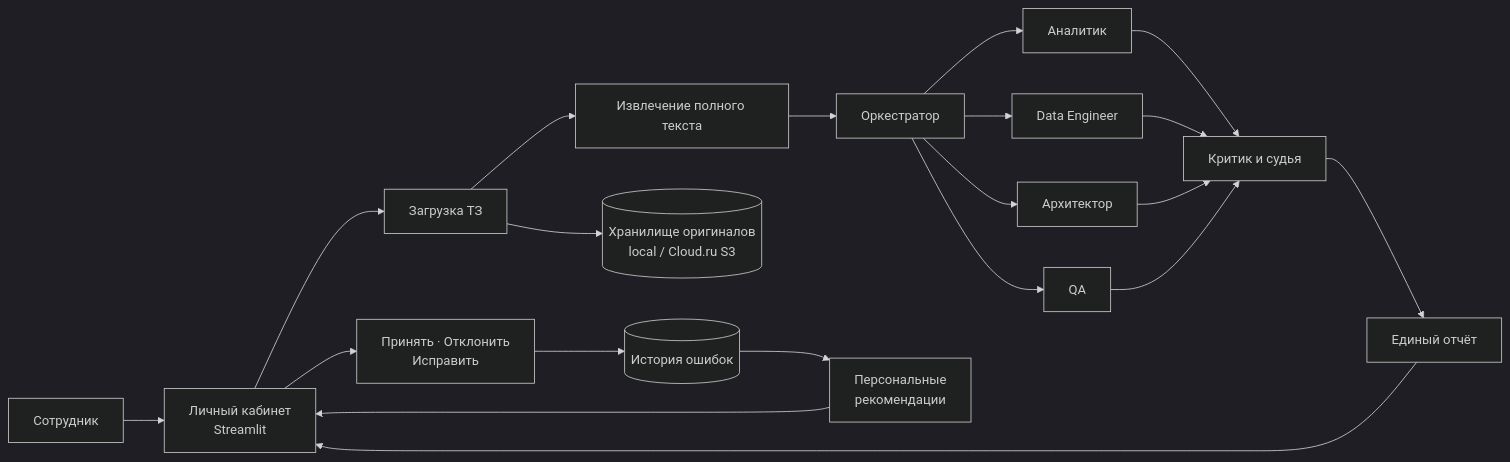
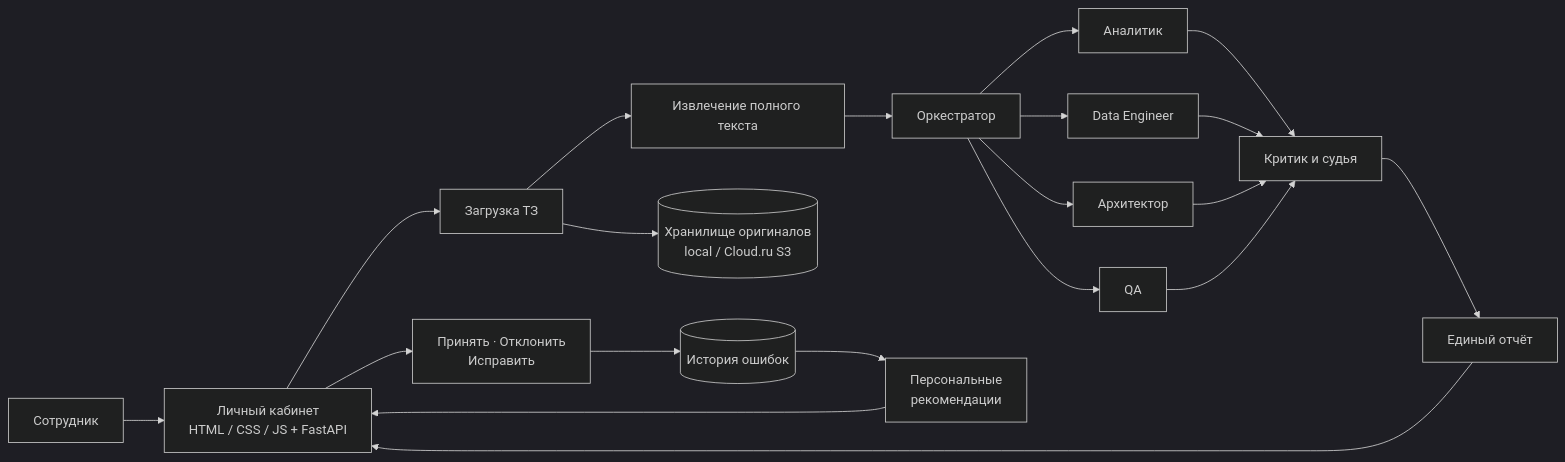
One commit to 1DenBackyard/itmoxmts changed the first of 2 diagrams in README.md. Above: the diagram before and after it, drawn with Mermaid (dark theme). The commit also changed other lines of this file and 18 other files, not shown here.

Commit message:
Replace production Streamlit UI with authenticated HTML application (#11)

````diff
--- a/README.md
+++ b/README.md
@@ -35,26 +35,26 @@
 ```mermaid
 flowchart LR
-    USER["Сотрудник"] --> LK["Личный кабинет<br/>Streamlit"]
+    USER["Сотрудник"] --> LK["Личный кабинет<br/>HTML / CSS / JS + FastAPI"]
     LK --> INPUT["Загрузка ТЗ"]
     INPUT --> PREP["Извлечение полного текста"]
     INPUT --> OBJECTS[("Хранилище оригиналов<br/>local / Cloud.ru S3")]
     PREP --> ORCH["Оркестратор"]
 
     ORCH --> A1["Аналитик"]
     ORCH --> A2["Data Engineer"]
     ORCH --> A3["Архитектор"]
     ORCH --> A4["QA"]
 
     A1 --> CONTROL["Критик и судья"]
     A2 --> CONTROL
     A3 --> CONTROL
     A4 --> CONTROL
 
     CONTROL --> REPORT["Единый отчёт"]
     REPORT --> LK
 
     LK --> DECISION["Принять · Отклонить<br/>Исправить"]
     DECISION --> HISTORY[("История ошибок")]
     HISTORY --> PROFILE["Персональные<br/>рекомендации"]
     PROFILE --> LK
 ```
````
